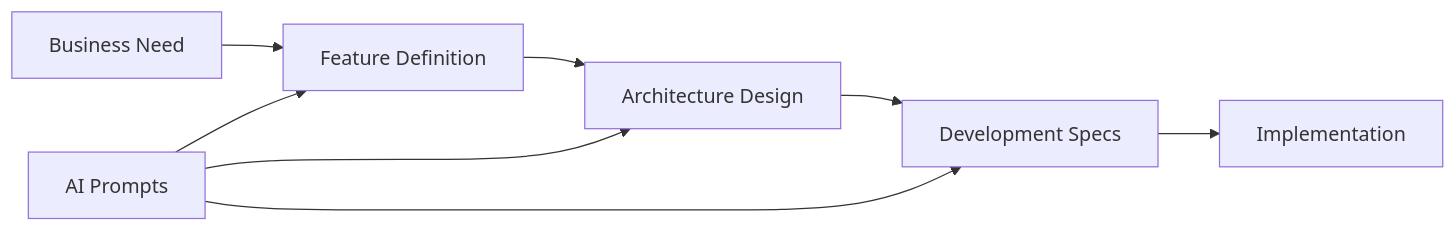
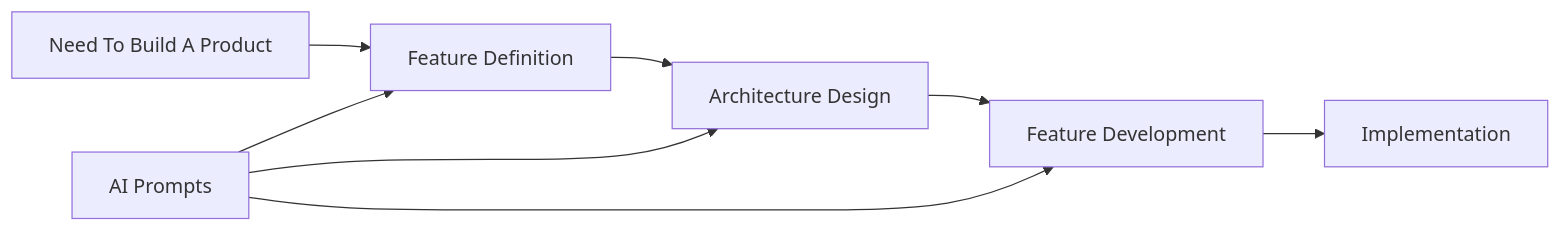
One commit to LuigiPasqua/SpecForge changed the diagram in README.md. Above: the diagram before and after it, drawn with Mermaid. The commit also changed other lines of this file, not shown here.

````diff
--- a/README.md
+++ b/README.md
@@ -78,11 +71,11 @@
 ```mermaid
 graph LR
-    A[Business Need] --> B[Feature Definition]
+    A[Need To Build A Product] --> B[Feature Definition]
     B --> C[Architecture Design]
-    C --> D[Development Specs]
+    C --> D[Feature Development]
     D --> E[Implementation]
     
     AI[AI Prompts] --> B
     AI --> C
     AI --> D
 ```
````
